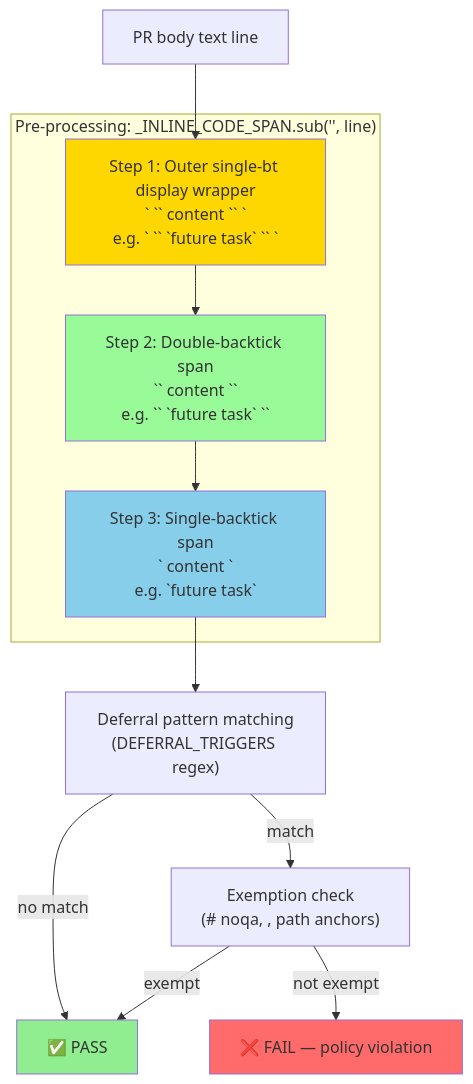
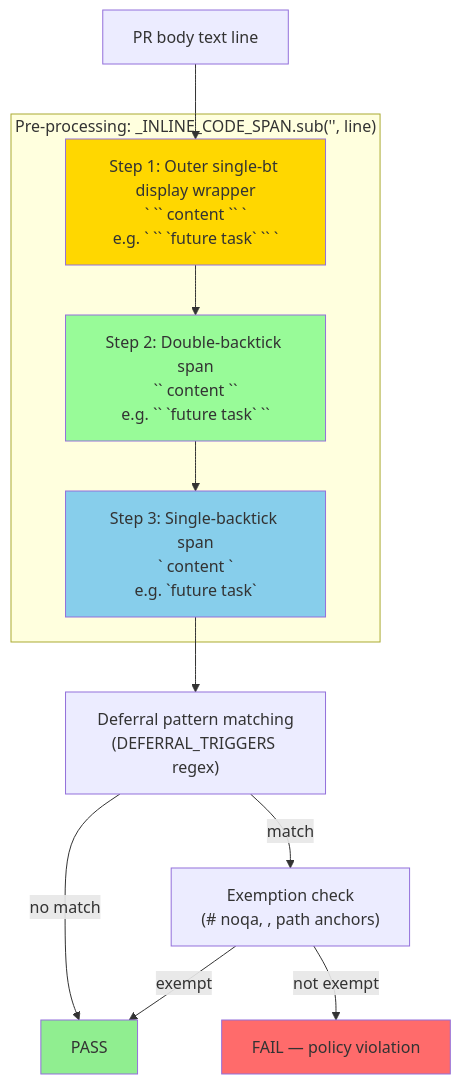
One commit to Aries-Serpent/_codex_ changed the first of 2 diagrams in docs/cognitive_brain/status/COGNITIVE_BRAIN_STATUS_PR3575.md. Above: the diagram before and after it, drawn with Mermaid. The commit also changed other lines of this file and 2029 other files, not shown here.

````diff
--- a/docs/cognitive_brain/status/COGNITIVE_BRAIN_STATUS_PR3575.md
+++ b/docs/cognitive_brain/status/COGNITIVE_BRAIN_STATUS_PR3575.md
@@ -32,24 +34,24 @@
 ```mermaid
 %%{init: {'accessibility': {'title': 'Flowchart showing "PR body text line", "Step 1: Outer single-bt display wrapper\n` `` content `` `\ne.g. ` `` `future task` `` `"'}}%%
 flowchart TD
     PR["PR body text line"] --> S1
 
     subgraph "Pre-processing: _INLINE_CODE_SPAN.sub('', line)"
         S1["Step 1: Outer single-bt display wrapper\n` `` content `` `\ne.g. ` `` `future task` `` `"]
         S2["Step 2: Double-backtick span\n`` content ``\ne.g. `` `future task` ``"]
         S3["Step 3: Single-backtick span\n` content `\ne.g. `future task`"]
         S1 --> S2 --> S3
     end
 
     S3 --> SCAN["Deferral pattern matching\n(DEFERRAL_TRIGGERS regex)"]
     SCAN -->|match| EXEMPTION["Exemption check\n(# noqa, <!-- noqa -->, path anchors)"]
-    SCAN -->|no match| PASS["✅ PASS"]
+    SCAN -->|no match| PASS[" PASS"]
     EXEMPTION -->|exempt| PASS
-    EXEMPTION -->|not exempt| FAIL["❌ FAIL — policy violation"]
+    EXEMPTION -->|not exempt| FAIL[" FAIL — policy violation"]
 
     style S1 fill:#ffd700
     style S2 fill:#98fb98
     style S3 fill:#87ceeb
     style PASS fill:#90EE90
     style FAIL fill:#ff6b6b
 ```
````
